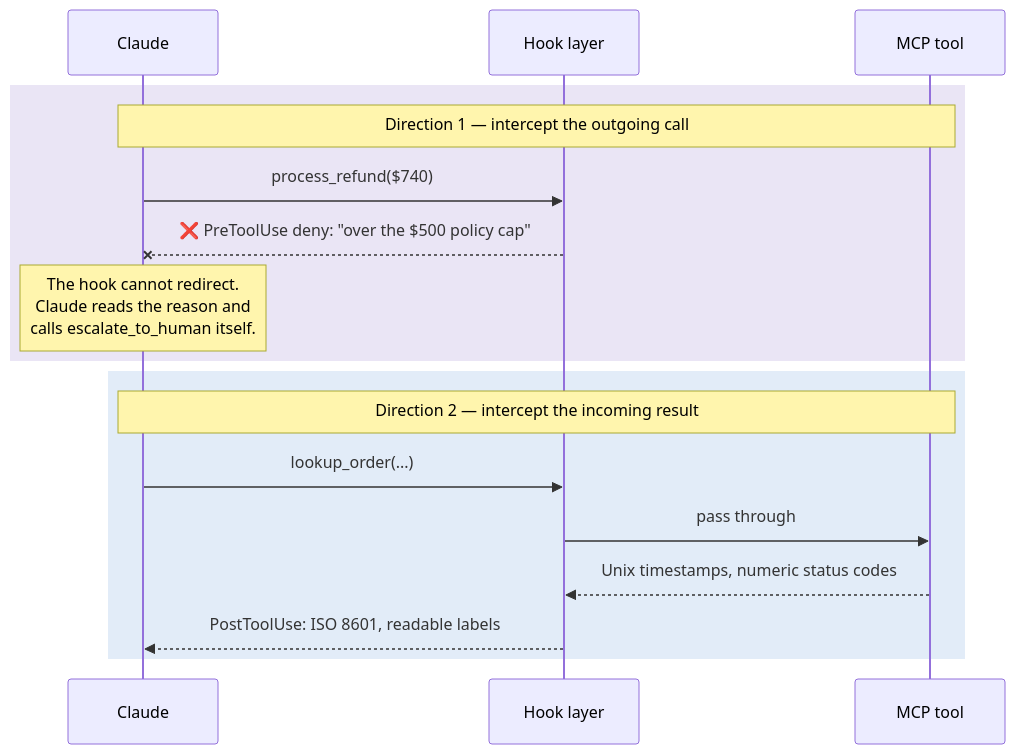
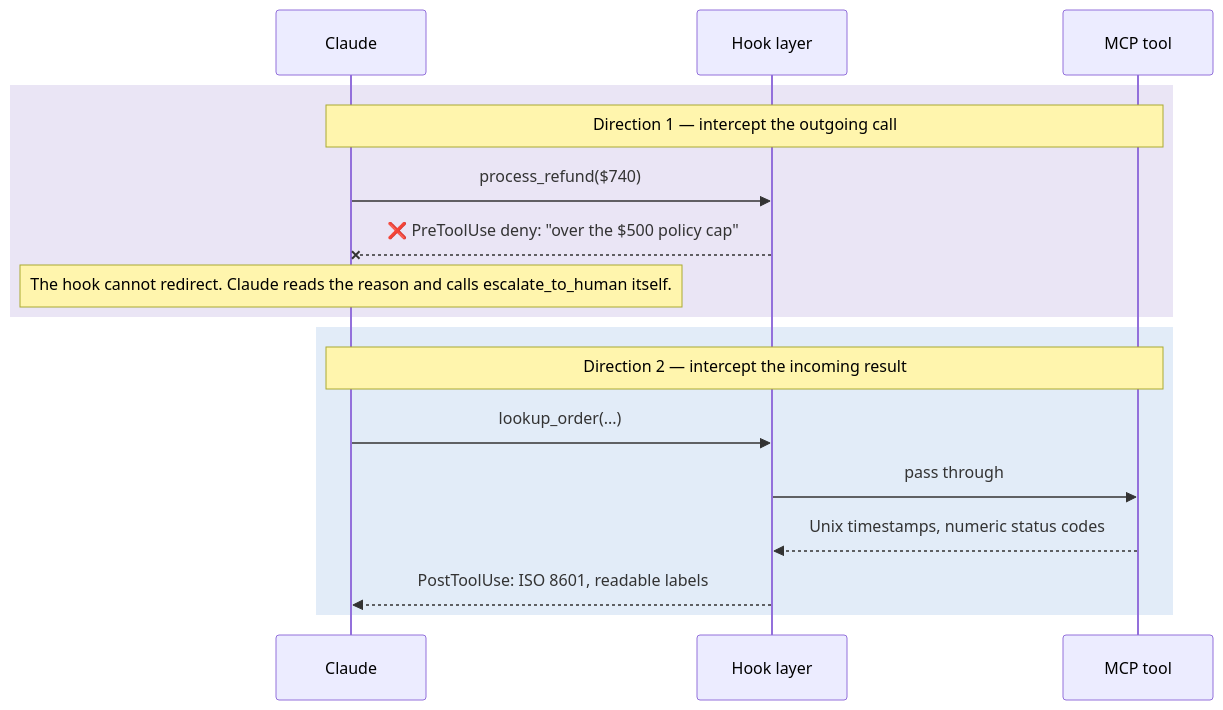
Before and after one commit to parmar-m/claude-architect-certification-prep: the fifth of 8 diagrams in CCA-F/domains/d1-agentic-architecture.md, drawn with Mermaid. The commit also changed other lines of this file and 25 other files, not shown here.

````diff
--- a/CCA-F/domains/d1-agentic-architecture.md
+++ b/CCA-F/domains/d1-agentic-architecture.md
@@ -285,19 +285,19 @@
 ```mermaid
 sequenceDiagram
     participant C as Claude
     participant H as Hook layer
     participant T as MCP tool
     rect rgba(81, 45, 168, 0.12)
     Note over C,T: Direction 1 — intercept the outgoing call
     C->>H: process_refund($740)
     H--xC: ❌ PreToolUse deny: "over the $500 policy cap"
-    Note over C: The hook cannot redirect.<br/>Claude reads the reason and<br/>calls escalate_to_human itself.
+    Note over C: The hook cannot redirect. Claude reads the reason and calls escalate_to_human itself.
     end
     rect rgba(21, 101, 192, 0.12)
     Note over C,T: Direction 2 — intercept the incoming result
     C->>H: lookup_order(...)
     H->>T: pass through
     T-->>H: Unix timestamps, numeric status codes
     H-->>C: PostToolUse: ISO 8601, readable labels
     end
 ```
````
